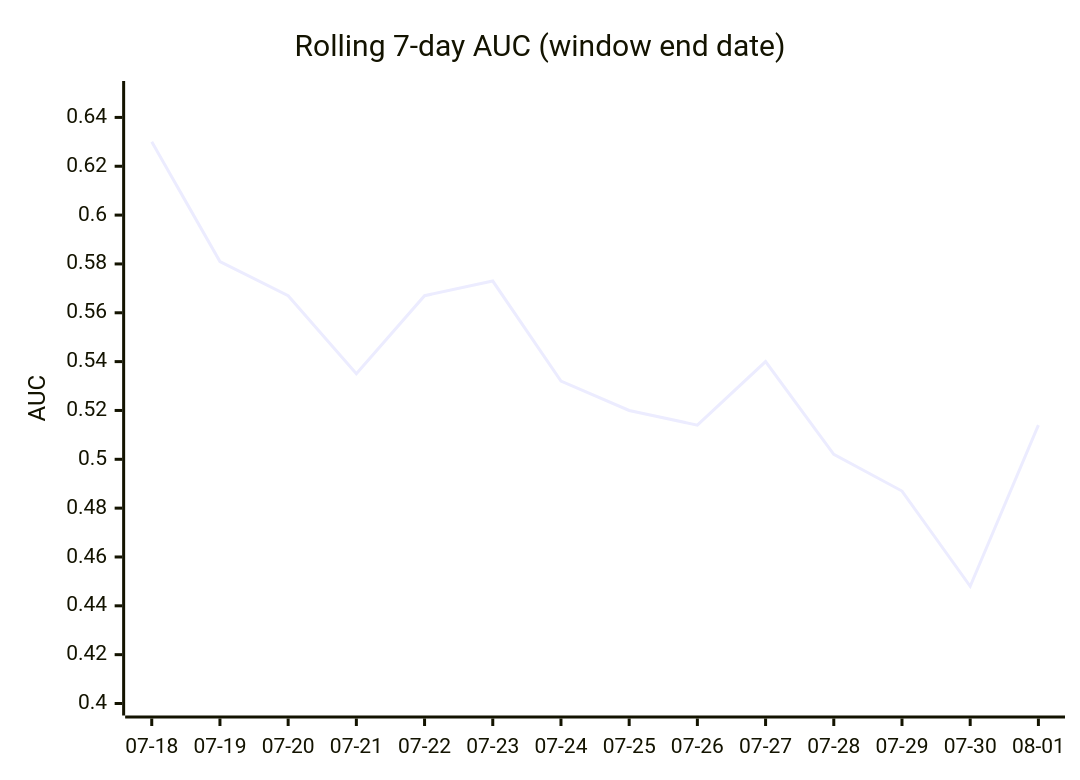
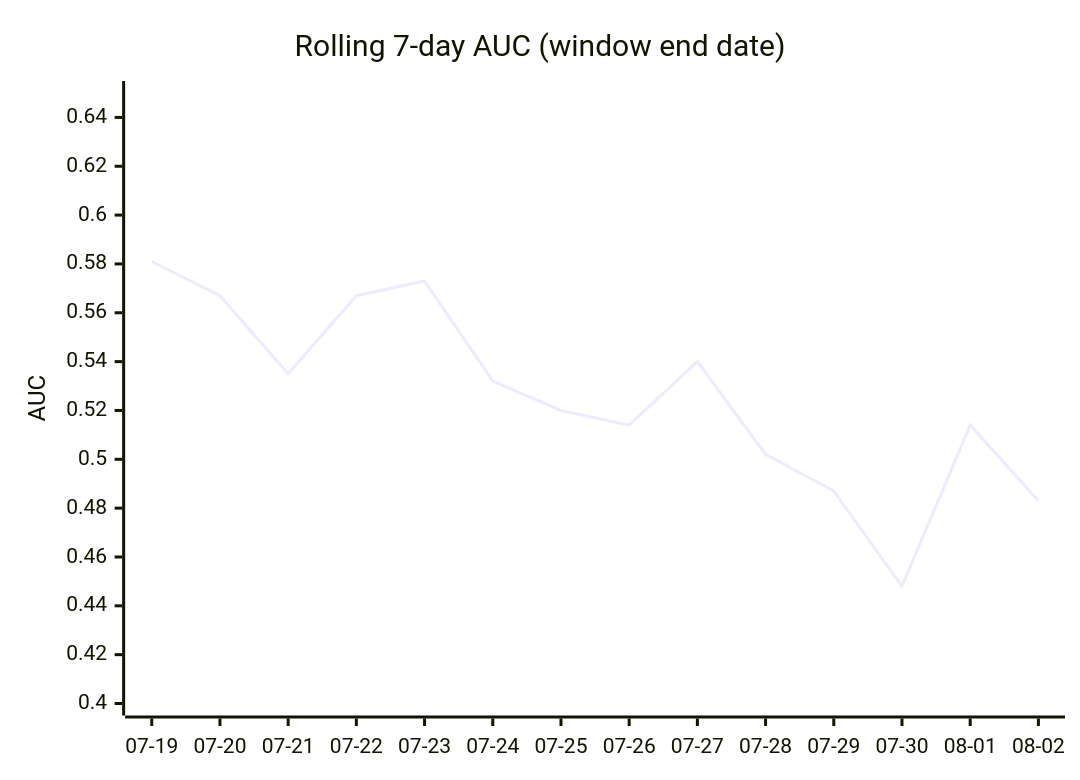
Before and after one commit to dpk1212/nhl-savant: the third of 4 diagrams in DAILY_AGSU_REPORT.md, drawn with Mermaid. The commit also changed other lines of this file, not shown here.

````diff
--- a/DAILY_AGSU_REPORT.md
+++ b/DAILY_AGSU_REPORT.md
@@ -720,7 +715,7 @@
 ```mermaid
 xychart-beta
     title "Rolling 7-day AUC (window end date)"
-    x-axis ["07-18", "07-19", "07-20", "07-21", "07-22", "07-23", "07-24", "07-25", "07-26", "07-27", "07-28", "07-29", "07-30", "08-01"]
+    x-axis ["07-19", "07-20", "07-21", "07-22", "07-23", "07-24", "07-25", "07-26", "07-27", "07-28", "07-29", "07-30", "08-01", "08-02"]
     y-axis "AUC" 0.4 --> 0.65
-    line [0.63, 0.581, 0.567, 0.535, 0.567, 0.573, 0.532, 0.52, 0.514, 0.54, 0.502, 0.487, 0.448, 0.514]
+    line [0.581, 0.567, 0.535, 0.567, 0.573, 0.532, 0.52, 0.514, 0.54, 0.502, 0.487, 0.448, 0.514, 0.483]
 ```
````
